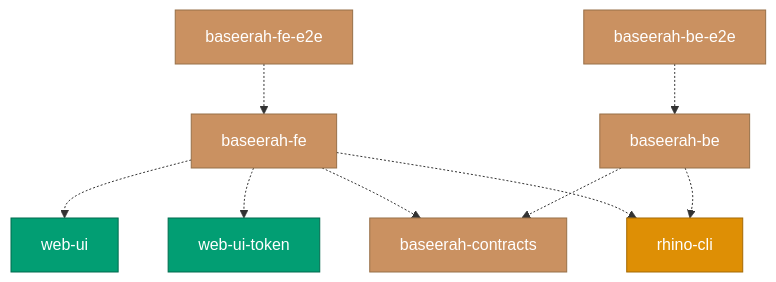
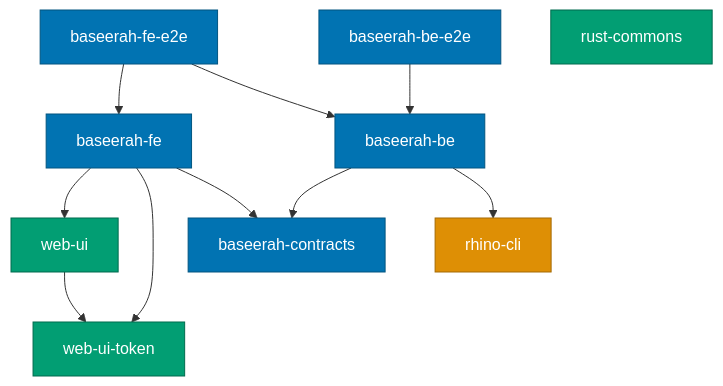
One commit to wahidyankf/baseerah changed the diagram in docs/reference/project-dependency-graph.md. Above: the diagram before and after it, drawn with Mermaid. The commit also changed other lines of this file and 67 other files, not shown here.

````diff
--- a/docs/reference/project-dependency-graph.md
+++ b/docs/reference/project-dependency-graph.md
@@ -90,36 +63,38 @@
 ```mermaid
 graph TD
-  %% Planned E2E tests (top level)
+  %% E2E tests (top level)
   FEE2E[baseerah-fe-e2e]
   BEE2E[baseerah-be-e2e]
 
-  %% Planned apps
+  %% Apps
   FE[baseerah-fe]
   BE[baseerah-be]
+  RC[rhino-cli]
 
-  %% Planned contracts project
+  %% Contracts project
   BC[baseerah-contracts]
 
-  %% Existing shared projects the planned apps are expected to use
+  %% Libs
+  RSC[rust-commons]
   WUI[web-ui]
   WUT[web-ui-token]
-  RC[rhino-cli]
 
   %% Edges
-  FEE2E -.-> FE
-  BEE2E -.-> BE
-  FE -.-> WUI
-  FE -.-> WUT
-  FE -.-> BC
-  BE -.-> BC
-  FE -.-> RC
-  BE -.-> RC
+  FEE2E --> FE
+  FEE2E --> BE
+  BEE2E --> BE
+  FE --> WUI
+  FE --> WUT
+  FE --> BC
+  BE --> BC
+  BE --> RC
+  WUI --> WUT
 
-  classDef planned fill:#CA9161,stroke:#977048,color:#FFFFFF
-  classDef current fill:#029E73,stroke:#016B4E,color:#FFFFFF
+  classDef lib fill:#029E73,stroke:#016B4E,color:#FFFFFF
   classDef cli fill:#DE8F05,stroke:#A56A04,color:#FFFFFF
+  classDef app fill:#0173B2,stroke:#025580,color:#FFFFFF
 
-  class FE,BE,BC,FEE2E,BEE2E planned
-  class WUI,WUT current
+  class RSC,WUI,WUT lib
   class RC cli
+  class FE,BE,BC,FEE2E,BEE2E app
 ```
````
